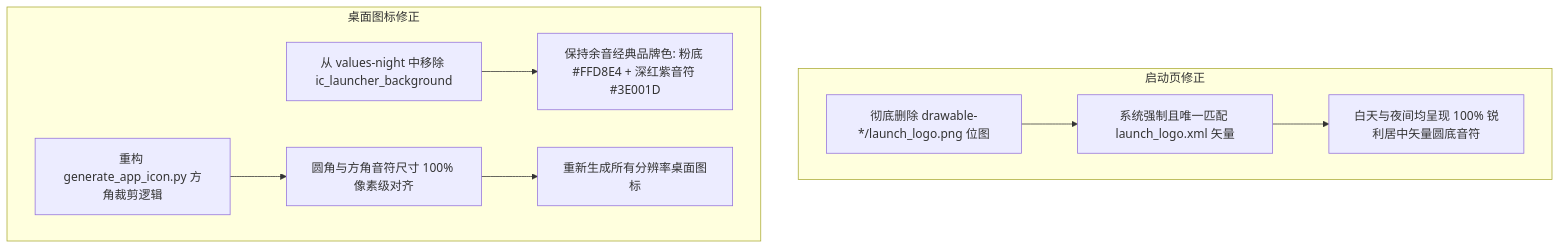
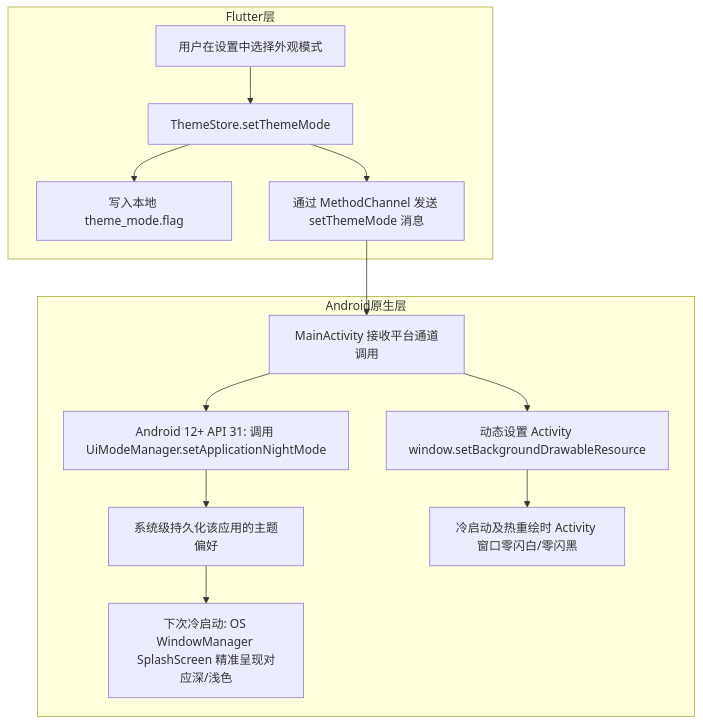
The diagram in PLAN/PLAN_21~30/PLAN_21.md (LinXruan/YuYin), drawn with Mermaid before and after one commit. The commit also changed other lines of this file and 14 other files, not shown here.

````diff
--- a/PLAN/PLAN_21~30/PLAN_21.md
+++ b/PLAN/PLAN_21~30/PLAN_21.md
@@ -20,13 +23,18 @@
 ```mermaid
 flowchart TD
-    subgraph 启动页修正
-        DelOldPNG[彻底删除 drawable-*/launch_logo.png 位图] --> ForceXML[系统强制且唯一匹配 launch_logo.xml 矢量]
-        ForceXML --> ResultSplash[白天与夜间均呈现 100% 锐利居中矢量圆底音符]
+    subgraph Flutter层
+        UI[用户在设置中选择外观模式] --> Store[ThemeStore.setThemeMode]
+        Store --> SaveFlag[写入本地 theme_mode.flag]
+        Store --> Channel[通过 MethodChannel 发送 setThemeMode 消息]
     end
 
-    subgraph 桌面图标修正
-        DelNightBg[从 values-night 中移除 ic_launcher_background] --> KeepBrand[保持余音经典品牌色: 粉底 #FFD8E4 + 深红紫音符 #3E001D]
-        FixScript[重构 generate_app_icon.py 方角裁剪逻辑] --> AlignSize[圆角与方角音符尺寸 100% 像素级对齐]
-        AlignSize --> ReGen[重新生成所有分辨率桌面图标]
+    subgraph Android原生层
+        Channel --> NativeHandler[MainActivity 接收平台通道调用]
+        NativeHandler --> API31[Android 12+ API 31: 调用 UiModeManager.setApplicationNightMode]
+        API31 --> SysPersist[系统级持久化该应用的主题偏好]
+        SysPersist --> OSWindow[下次冷启动: OS WindowManager SplashScreen 精准呈现对应深/浅色]
+
+        NativeHandler --> WinBg[动态设置 Activity window.setBackgroundDrawableResource]
+        WinBg --> NoFlash[冷启动及热重绘时 Activity 窗口零闪白/零闪黑]
     end
 ```
````
